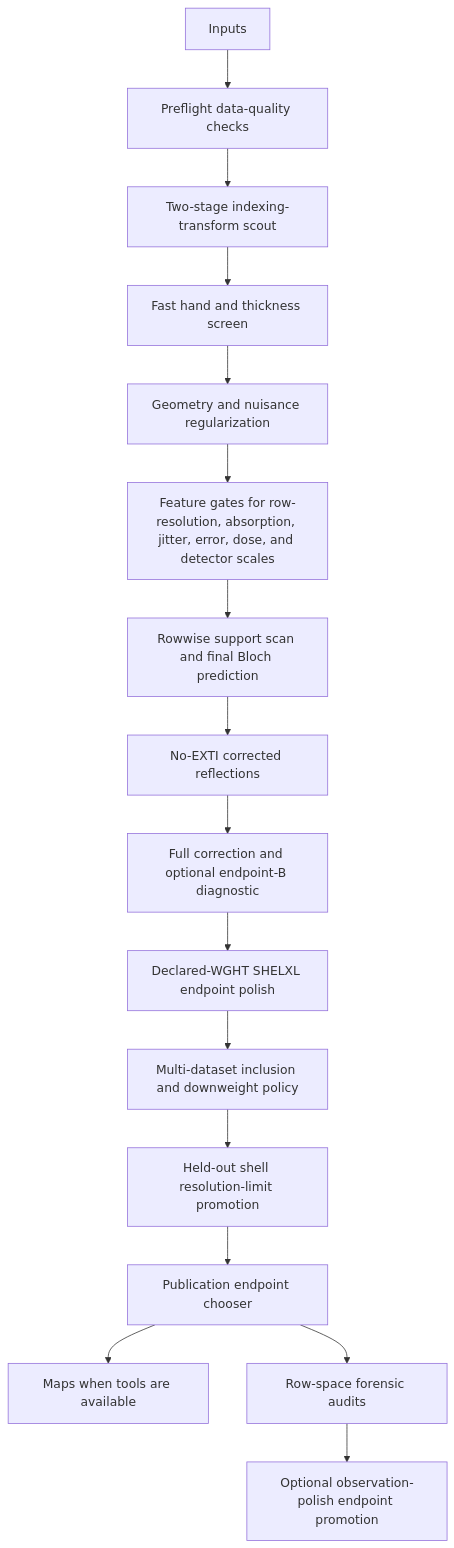
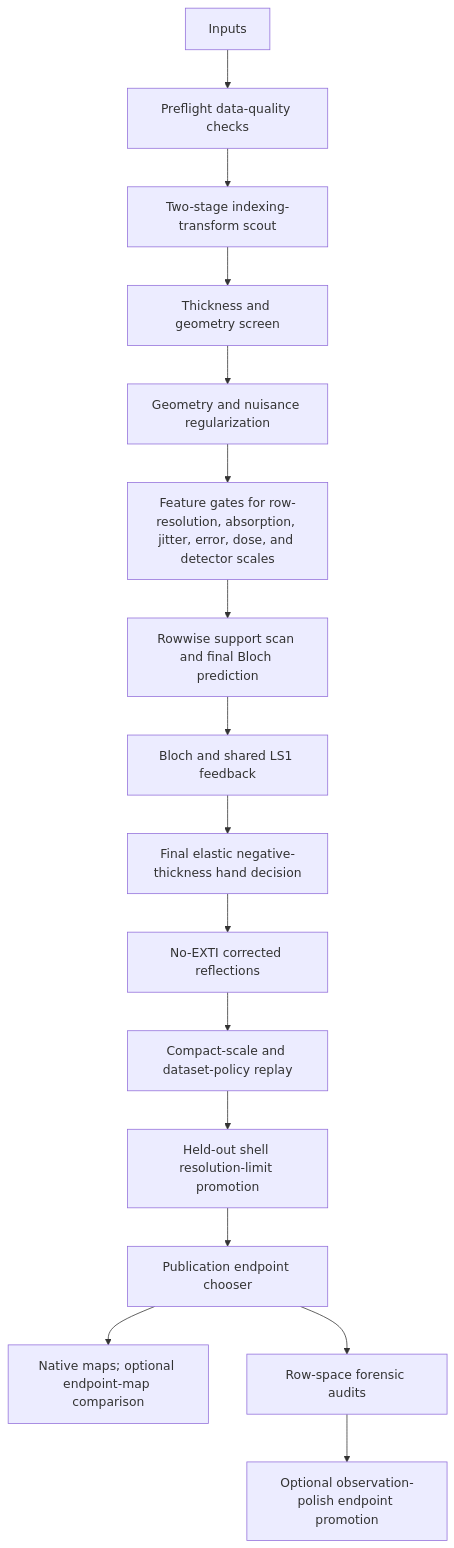
Before and after one commit to Martynowycz-Lab/GROND: the diagram in docs/WORKFLOW.md, drawn with Mermaid. The commit also changed other lines of this file and 32 other files, not shown here.

````diff
--- a/docs/WORKFLOW.md
+++ b/docs/WORKFLOW.md
@@ -7,18 +7,18 @@
 ```mermaid
 flowchart TD
     A[Inputs] --> B[Preflight data-quality checks]
     B --> C[Two-stage indexing-transform scout]
-    C --> D[Fast hand and thickness screen]
+    C --> D[Thickness and geometry screen]
     D --> E[Geometry and nuisance regularization]
     E --> F[Feature gates for row-resolution, absorption, jitter, error, dose, and detector scales]
     F --> G[Rowwise support scan and final Bloch prediction]
-    G --> H[No-EXTI corrected reflections]
-    H --> I[Full correction and optional endpoint-B diagnostic]
-    I --> J[Declared-WGHT SHELXL endpoint polish]
-    J --> K[Multi-dataset inclusion and downweight policy]
+    G --> H[Bloch and shared LS1 feedback]
+    H --> I[Final elastic negative-thickness hand decision]
+    I --> J[No-EXTI corrected reflections]
+    J --> K[Compact-scale and dataset-policy replay]
     K --> L[Held-out shell resolution-limit promotion]
     L --> M[Publication endpoint chooser]
-    M --> N[Maps when tools are available]
+    M --> N[Native maps; optional endpoint-map comparison]
     M --> O[Row-space forensic audits]
     O --> P[Optional observation-polish endpoint promotion]
 ```
````
